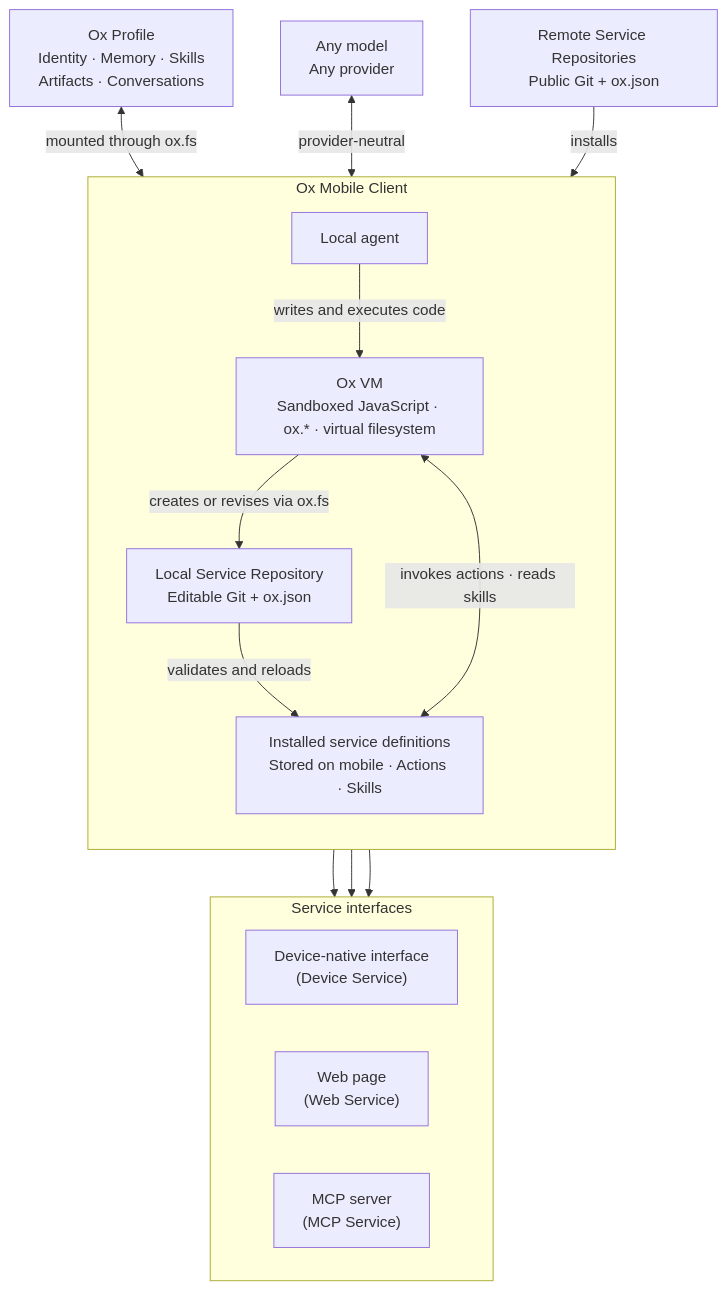
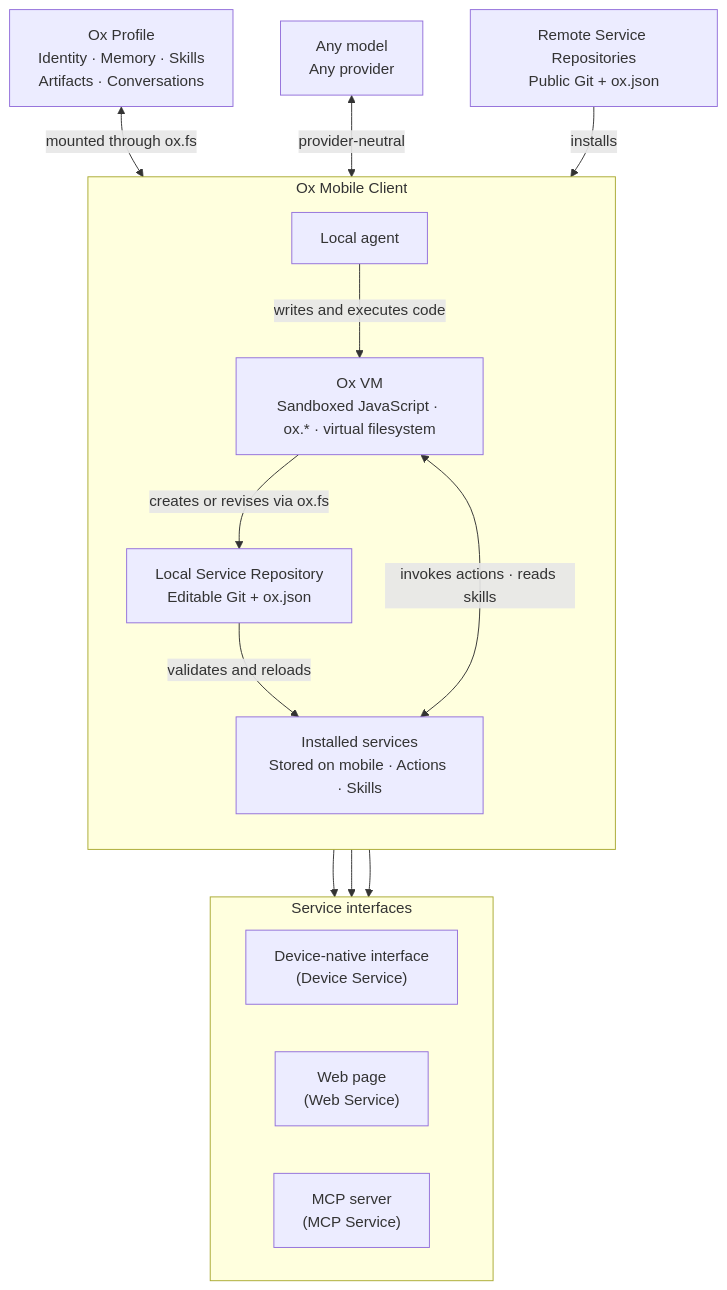
The diagram in README.md (ziyzhu/openox), drawn with Mermaid before and after one commit.

Commit message:
Clarify installed services label

````diff
--- a/README.md
+++ b/README.md
@@ -15,32 +15,32 @@
 ```mermaid
 flowchart TB
     Profile["Ox Profile<br/>Identity · Memory · Skills<br/>Artifacts · Conversations"]
     Model["Any model<br/>Any provider"]
     Remote["Remote Service Repositories<br/>Public Git + ox.json"]
 
     subgraph Client["Ox Mobile Client"]
         direction TB
         Agent["Local agent"]
         VM["Ox VM<br/>Sandboxed JavaScript · ox.* · virtual filesystem"]
         Local["Local Service Repository<br/>Editable Git + ox.json"]
-        Services["Installed service definitions<br/>Stored on mobile · Actions · Skills"]
+        Services["Installed services<br/>Stored on mobile · Actions · Skills"]
         Agent -->|"writes and executes code"| VM
         VM -->|"creates or revises via ox.fs"| Local
     end
 
     subgraph Interfaces["Service interfaces"]
         direction LR
         Device["Device-native interface<br/>(Device Service)"]
         Web["Web page<br/>(Web Service)"]
         MCP["MCP server<br/>(MCP Service)"]
     end
 
     Profile <-->|"mounted through ox.fs"| VM
     Model <-->|"provider-neutral"| Agent
     Remote -->|"installs"| Services
     Local -->|"validates and reloads"| Services
     VM <-->|"invokes actions · reads skills"| Services
     Services --> Device
     Services --> Web
     Services --> MCP
 ```
````
